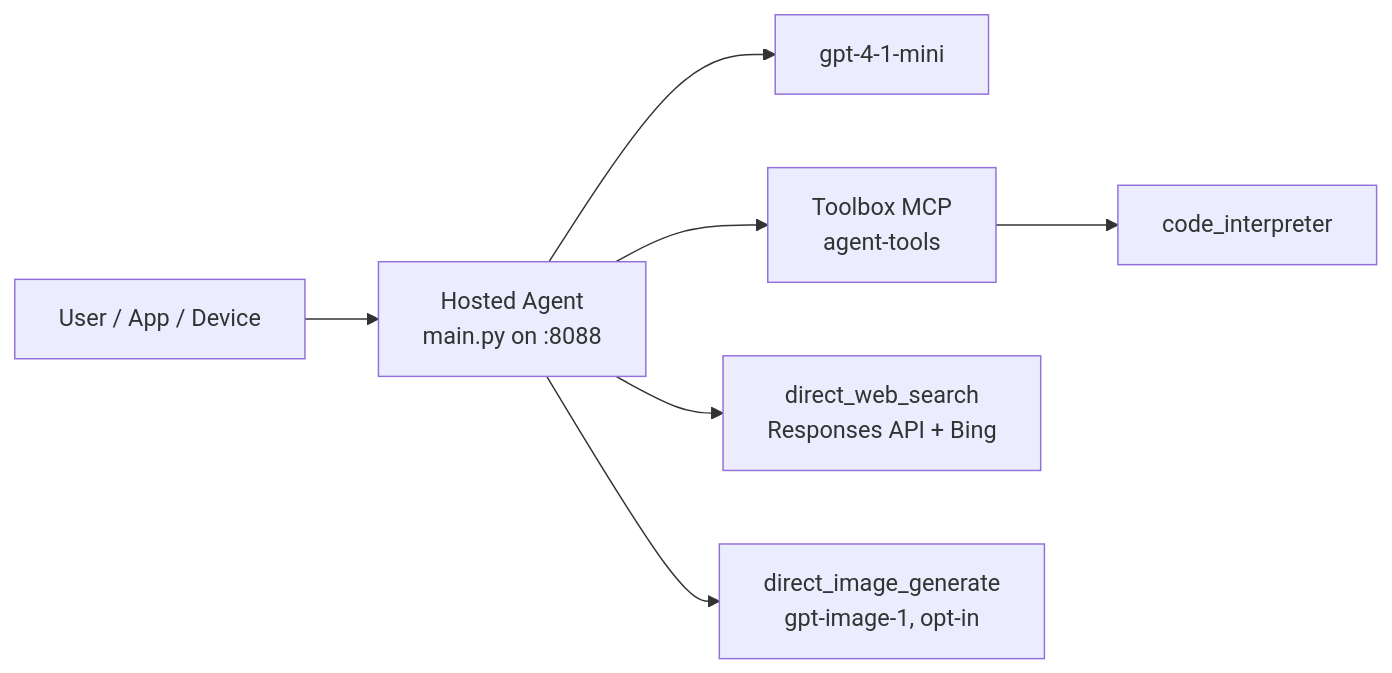
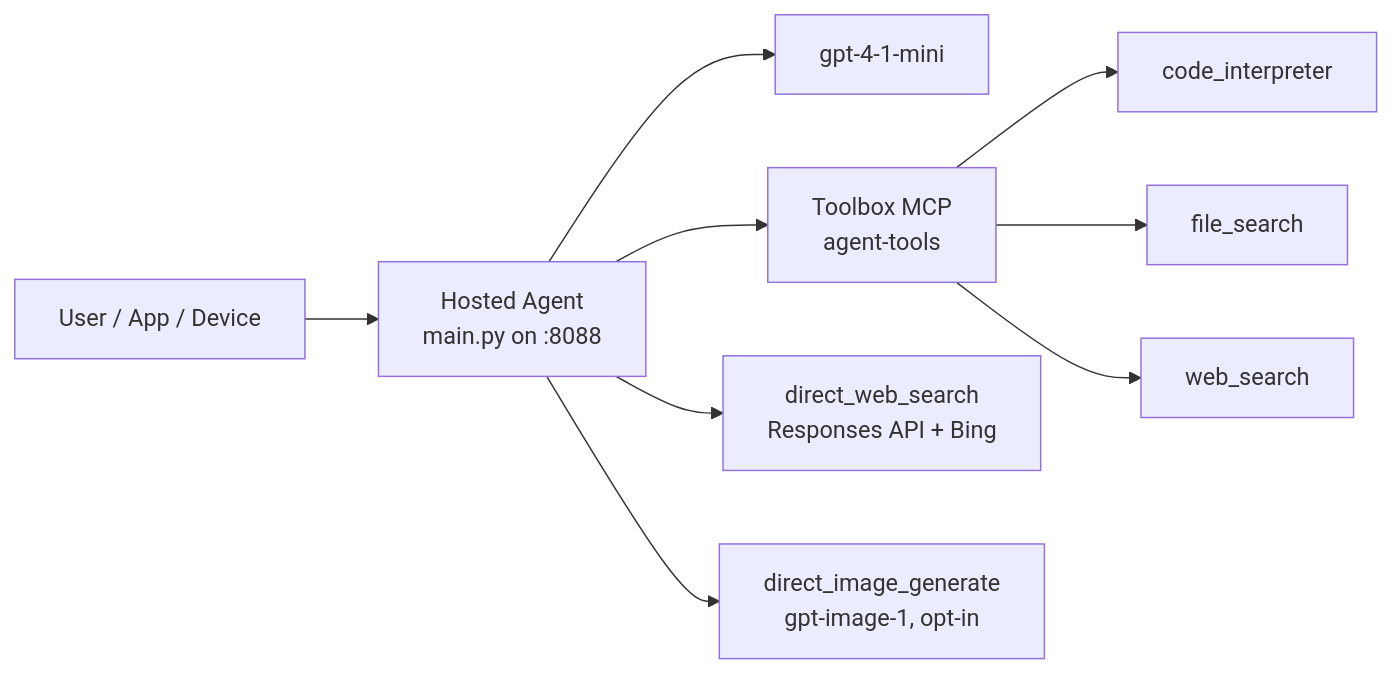
Before and after one commit to david-xinyuwei/david-share: the second of 4 diagrams in Agents/Foundry-Hosted-Agent-Toolbox-Demo/README.md, drawn with Mermaid. The commit also changed 1 other file, not shown here.

Commit message:
Fix combined architecture: show all 3 Toolbox tools (code_interpreter + file_search + web_search)

````diff
--- a/Agents/Foundry-Hosted-Agent-Toolbox-Demo/README.md
+++ b/Agents/Foundry-Hosted-Agent-Toolbox-Demo/README.md
@@ -122,9 +122,11 @@
 ```mermaid
 flowchart LR
     User["User / App / Device"] --> HA["Hosted Agent<br/>main.py on :8088"]
     HA --> GPT["gpt-4-1-mini"]
     HA --> TB["Toolbox MCP<br/>agent-tools"]
     TB --> CI["code_interpreter"]
+    TB --> FS["file_search"]
+    TB --> WS_TB["web_search"]
     HA --> WS["direct_web_search<br/>Responses API + Bing"]
     HA --> IG["direct_image_generate<br/>gpt-image-1, opt-in"]
 ```
````
